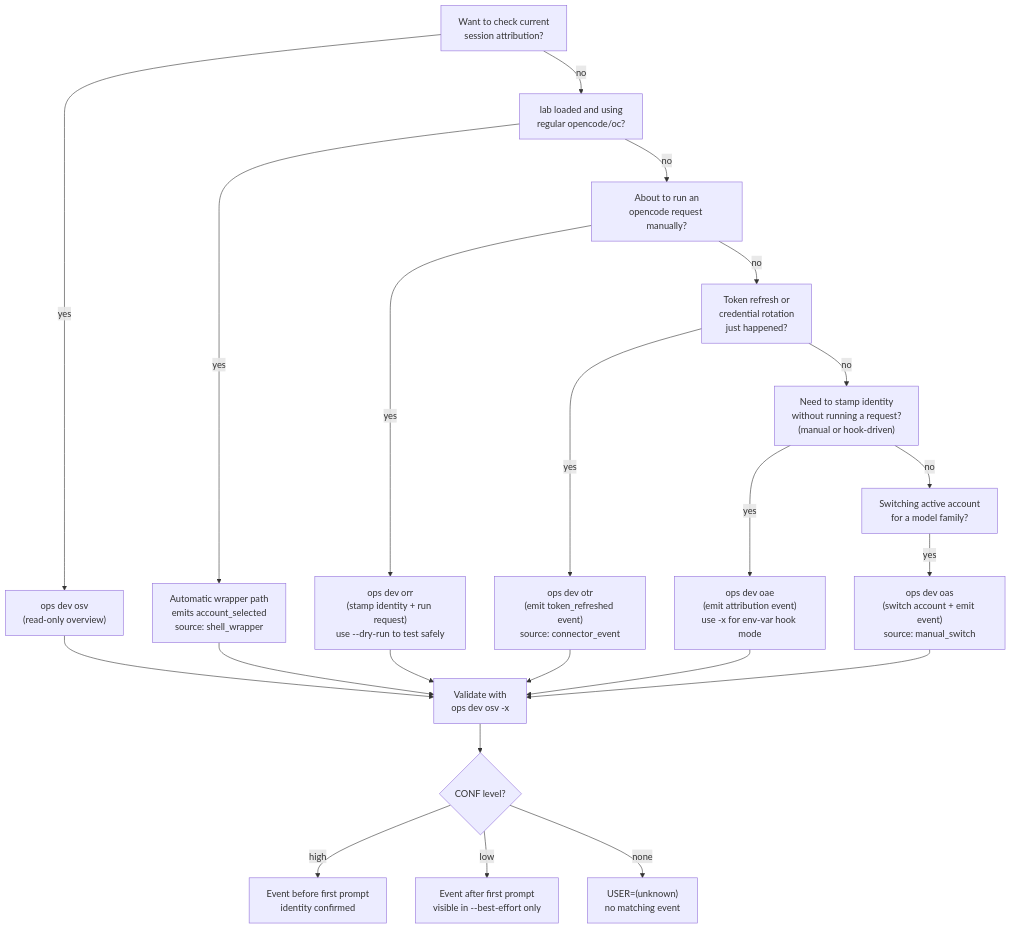
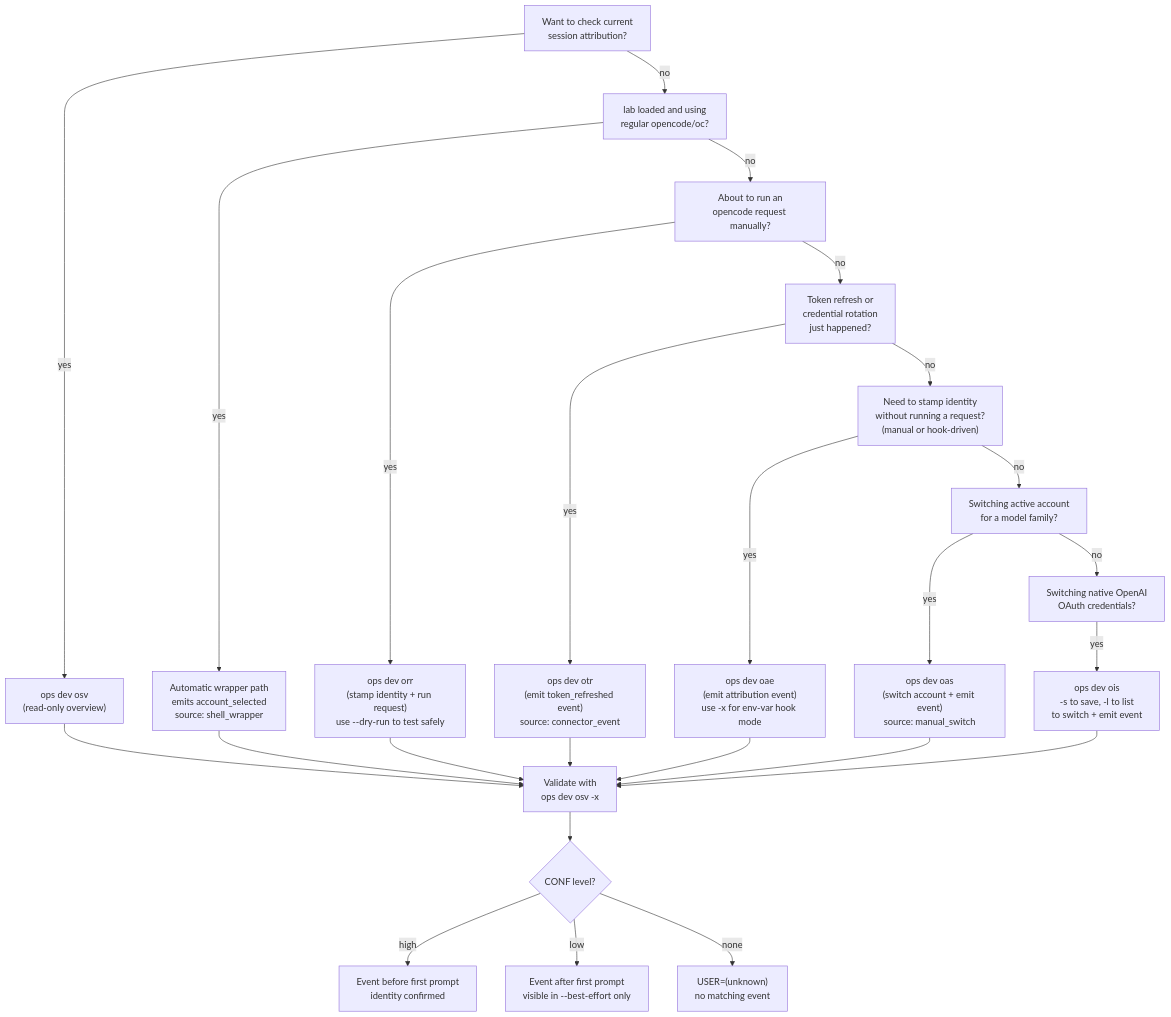
The diagram in doc/man/07-dev-session-attribution-workflow.md (woeiru/lab), drawn with Mermaid before and after one commit. The commit also changed other lines of this file and 2 other files, not shown here.

Commit message:
docs: document dev_ois openai account switch in man/07 and ref/functions; close plan

````diff
--- a/doc/man/07-dev-session-attribution-workflow.md
+++ b/doc/man/07-dev-session-attribution-workflow.md
@@ -30,31 +30,35 @@
 ```mermaid
 flowchart TD
     A["Want to check current\nsession attribution?"] -->|yes| OSV["ops dev osv\n(read-only overview)"]
     A -->|no| B
 
     B["lab loaded and using\nregular opencode/oc?"] -->|yes| AUTO["Automatic wrapper path\nemits account_selected\nsource: shell_wrapper"]
     B -->|no| C
 
     C["About to run an\nopencode request manually?"] -->|yes| ORR["ops dev orr\n(stamp identity + run request)\nuse --dry-run to test safely"]
     C -->|no| D
 
     D["Token refresh or\ncredential rotation\njust happened?"] -->|yes| OTR["ops dev otr\n(emit token_refreshed event)\nsource: connector_event"]
     D -->|no| E
 
     E["Need to stamp identity\nwithout running a request?\n(manual or hook-driven)"] -->|yes| OAE["ops dev oae\n(emit attribution event)\nuse -x for env-var hook mode"]
     E -->|no| F
 
     F["Switching active account\nfor a model family?"] -->|yes| OAS["ops dev oas\n(switch account + emit event)\nsource: manual_switch"]
+    F -->|no| G
+
+    G["Switching native OpenAI\nOAuth credentials?"] -->|yes| OIS["ops dev ois\n-s to save, -l to list\n<N> to switch + emit event"]
 
     OSV --> V["Validate with\nops dev osv -x"]
     AUTO --> V
     ORR --> V
     OTR --> V
     OAE --> V
     OAS --> V
+    OIS --> V
 
     V --> STRICT{"CONF level?"}
     STRICT -->|high| OK["Event before first prompt\nidentity confirmed"]
     STRICT -->|low| BE["Event after first prompt\nvisible in --best-effort only"]
     STRICT -->|none| UNKNOWN["USER=(unknown)\nno matching event"]
 ```
````
